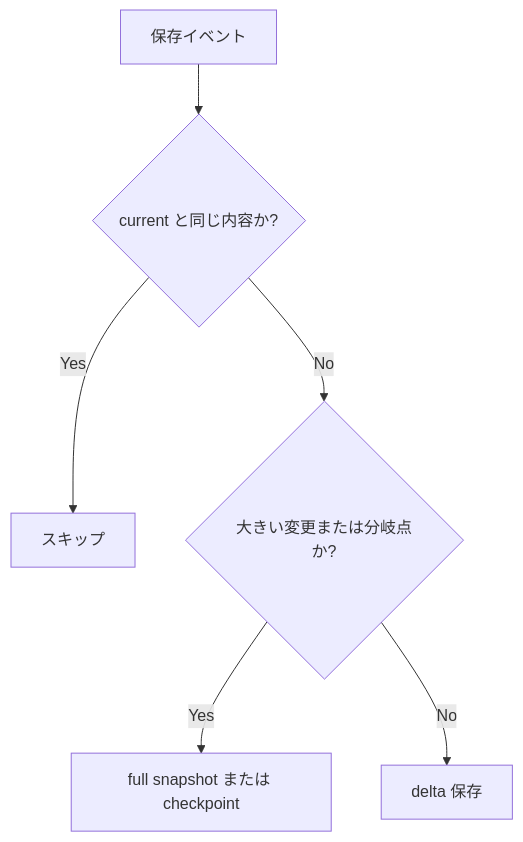
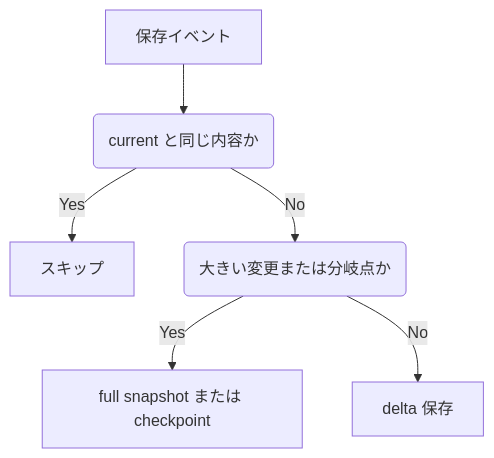
Before and after one commit to mmiyaji/vscode-undotree: the fifth of 5 diagrams in README_ja.md, drawn with Mermaid. The commit also changed other lines of this file and 3 other files, not shown here.

````diff
--- a/README_ja.md
+++ b/README_ja.md
@@ -278,8 +309,8 @@
 ```mermaid
 flowchart TD
-  save["保存イベント"] --> same{"current と同じ内容か?"}
+  save["保存イベント"] --> same("current と同じ内容か")
   same -->|Yes| skip["スキップ"]
-  same -->|No| ratio{"大きい変更または分岐点か?"}
+  same -->|No| ratio("大きい変更または分岐点か")
   ratio -->|Yes| full["full snapshot または checkpoint"]
   ratio -->|No| delta["delta 保存"]
 ```
````
